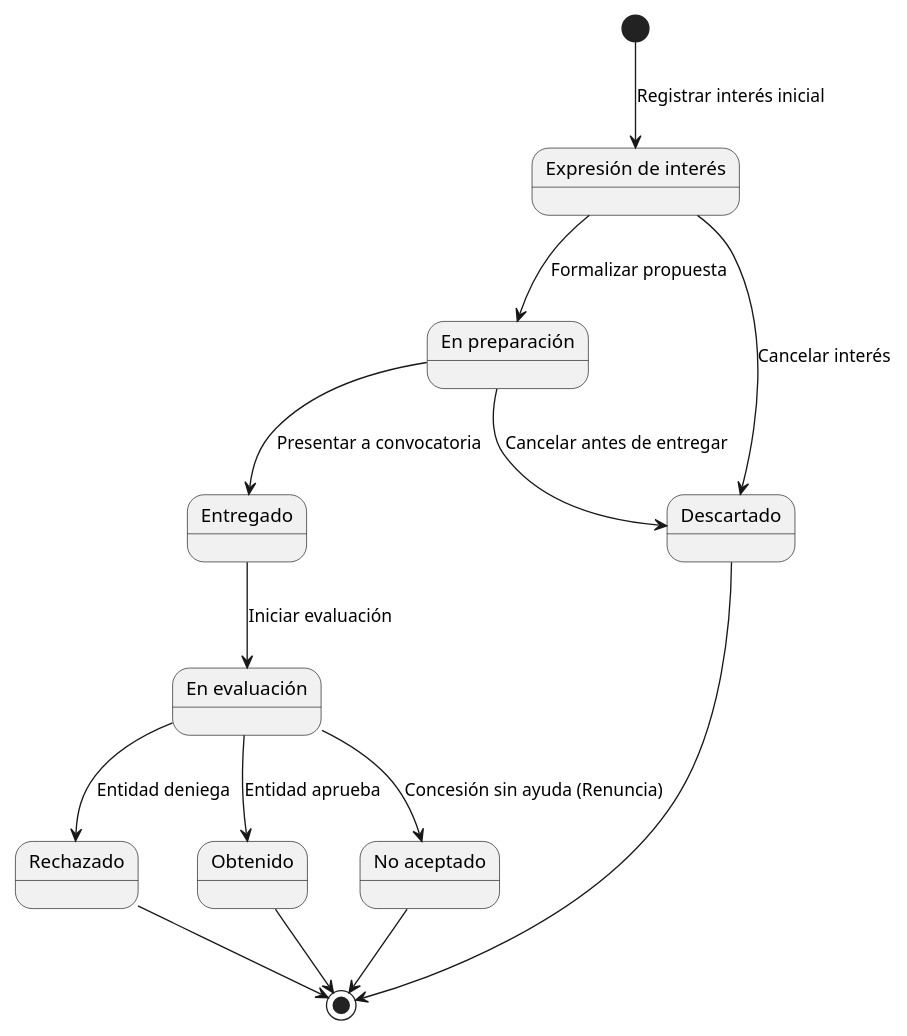
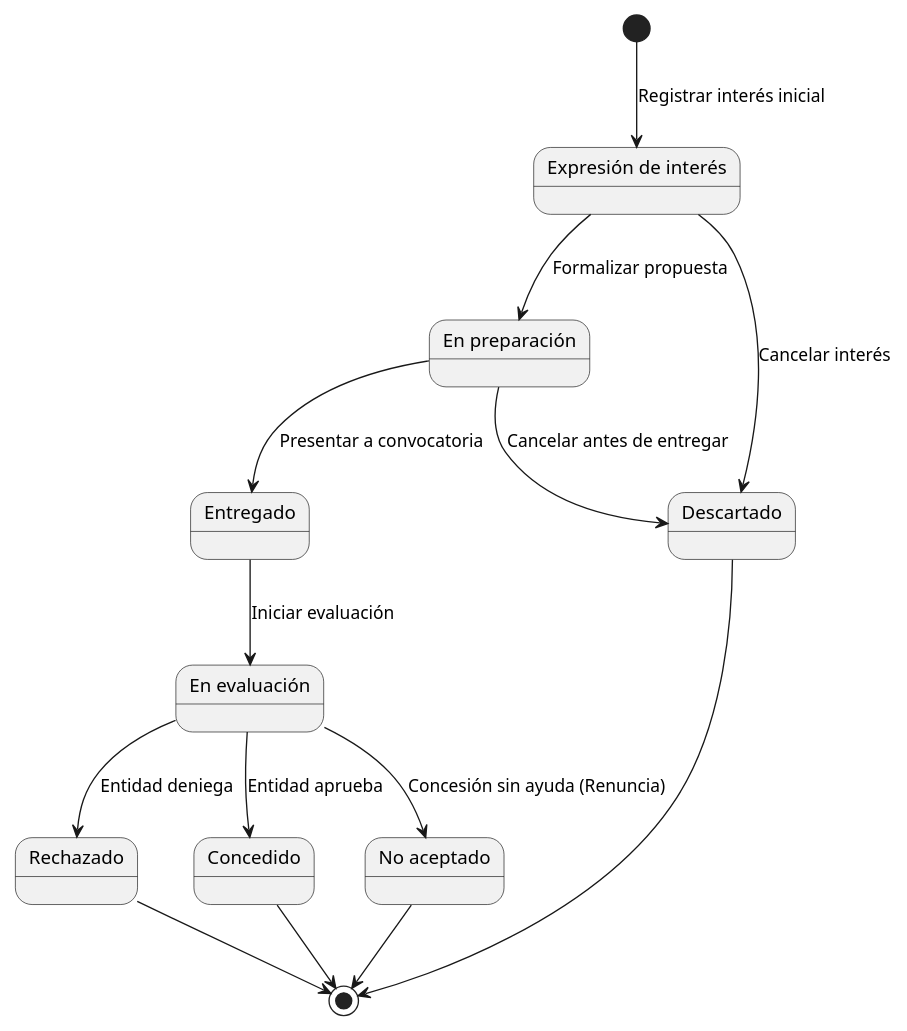
One commit to Angelo2272/26-27-IdSw1-SDR changed the diagram in modelosUML/00-modelo-del-dominio/diagrama-de-estados-propuesta.puml. Above: the diagram before and after it, drawn with PlantUML. The commit also changed 1 other file, not shown here.

Commit message:
fix/cambiar estado de obtenido a concedido por motivo de coherencia

```diff
--- a/modelosUML/00-modelo-del-dominio/diagrama-de-estados-propuesta.puml
+++ b/modelosUML/00-modelo-del-dominio/diagrama-de-estados-propuesta.puml
@@ -1,31 +1,31 @@
 @startuml
 scale 600 width
 
 [*] --> ExpresionDeInteres : Registrar interés inicial
 
 state "Expresión de interés" as ExpresionDeInteres
 state "En preparación" as EnPreparacion
 state "Entregado" as Entregado
 state "En evaluación" as EnEvaluacion
 state "Descartado" as Descartado
 state "Rechazado" as Rechazado
-state "Obtenido" as Obtenido
+state "Concedido" as Concedido
 state "No aceptado" as NoAceptado
 
 ExpresionDeInteres --> EnPreparacion : Formalizar propuesta
 ExpresionDeInteres --> Descartado : Cancelar interés
 EnPreparacion --> Entregado : Presentar a convocatoria
 Entregado --> EnEvaluacion : Iniciar evaluación
 
-EnEvaluacion --> Obtenido : Entidad aprueba
+EnEvaluacion --> Concedido : Entidad aprueba
 EnEvaluacion --> Rechazado : Entidad deniega
 
 EnPreparacion --> Descartado : Cancelar antes de entregar
 EnEvaluacion --> NoAceptado : Concesión sin ayuda (Renuncia)
 
-Obtenido --> [*]
+Concedido --> [*]
 Rechazado --> [*]
 Descartado --> [*]
 NoAceptado --> [*]
 
 @enduml
```
